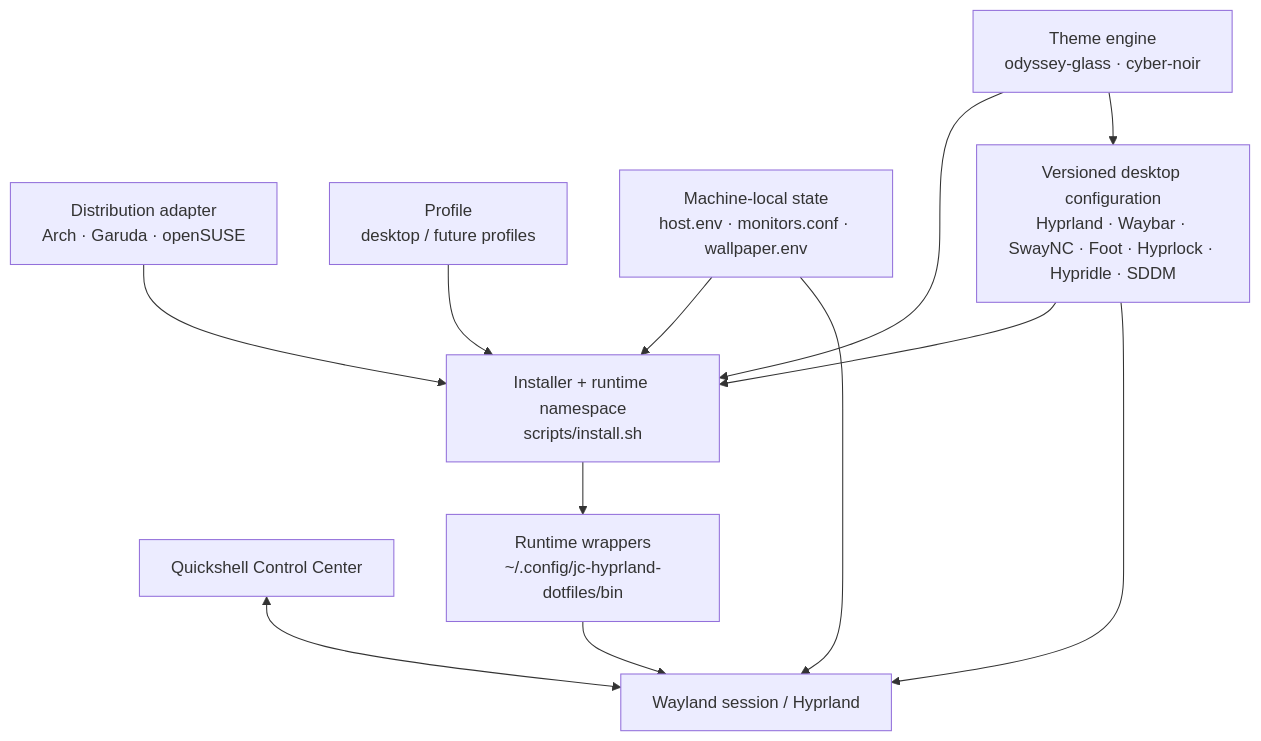
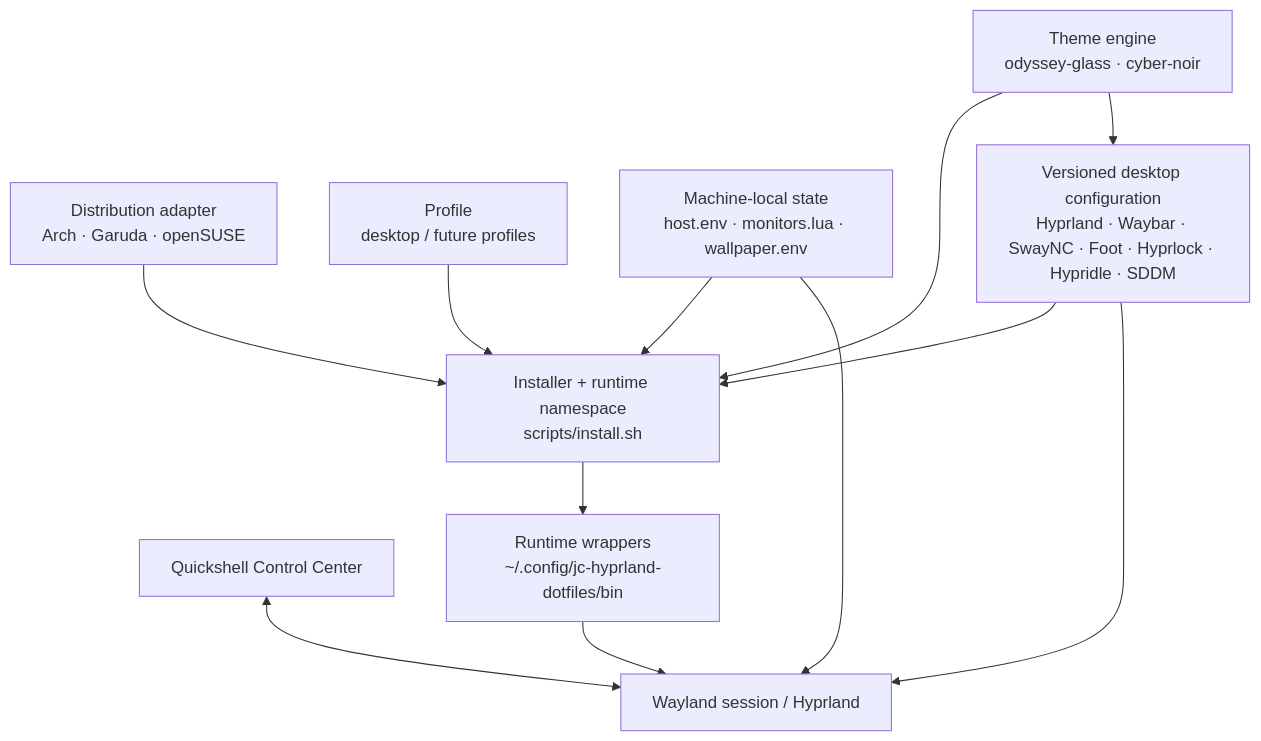
Before and after one commit to jcpina83/jc-hyprland-dotfiles: the first of 3 diagrams in README.md, drawn with Mermaid. The commit also changed other lines of this file and 1 other file, not shown here.

Commit message:
docs: document Lua-only Hyprland migration

````diff
--- a/README.md
+++ b/README.md
@@ -127,24 +128,24 @@
 ```mermaid
 flowchart TB
     D["Distribution adapter<br/>Arch · Garuda · openSUSE"]
     P["Profile<br/>desktop / future profiles"]
-    H["Machine-local state<br/>host.env · monitors.conf · wallpaper.env"]
+    H["Machine-local state<br/>host.env · monitors.lua · wallpaper.env"]
     I["Installer + runtime namespace<br/>scripts/install.sh"]
     C["Versioned desktop configuration<br/>Hyprland · Waybar · SwayNC · Foot · Hyprlock · Hypridle · SDDM"]
     T["Theme engine<br/>odyssey-glass · cyber-noir"]
     Q["Quickshell Control Center"]
     R["Runtime wrappers<br/>~/.config/jc-hyprland-dotfiles/bin"]
     W["Wayland session / Hyprland"]
 
     D --> I
     P --> I
     H --> I
     C --> I
     T --> I
     I --> R
     R --> W
     C --> W
     T --> C
     Q <--> W
     H --> W
 ```
````
